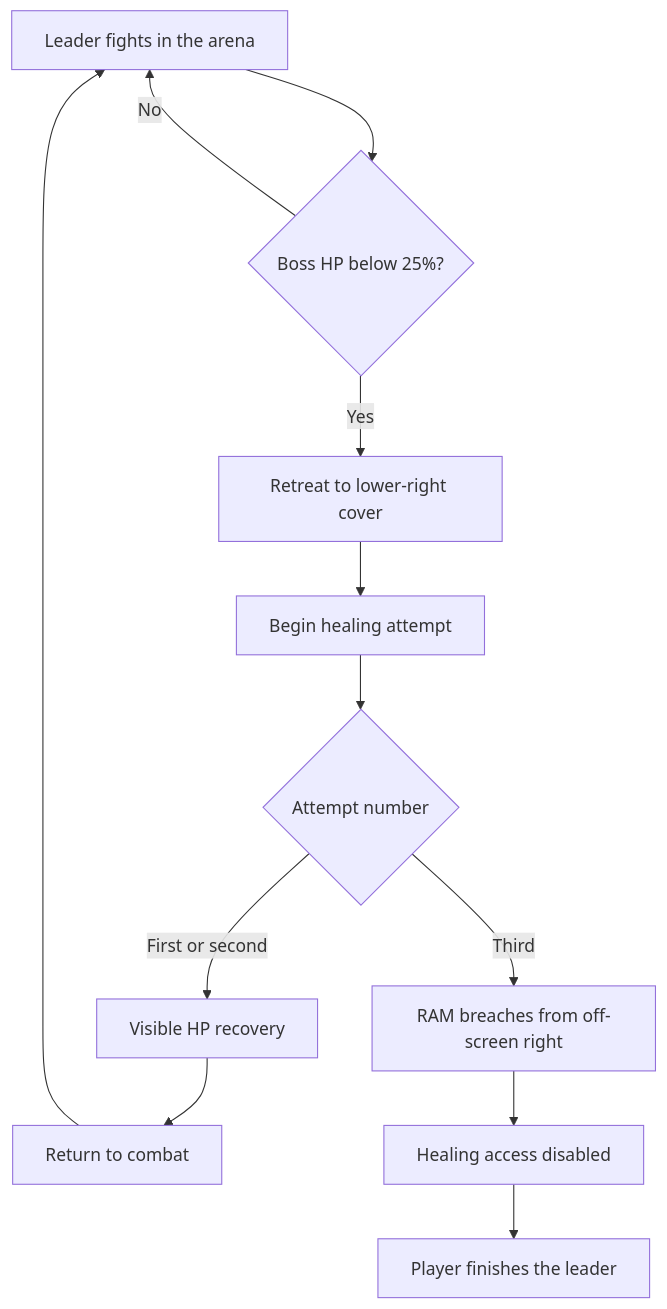
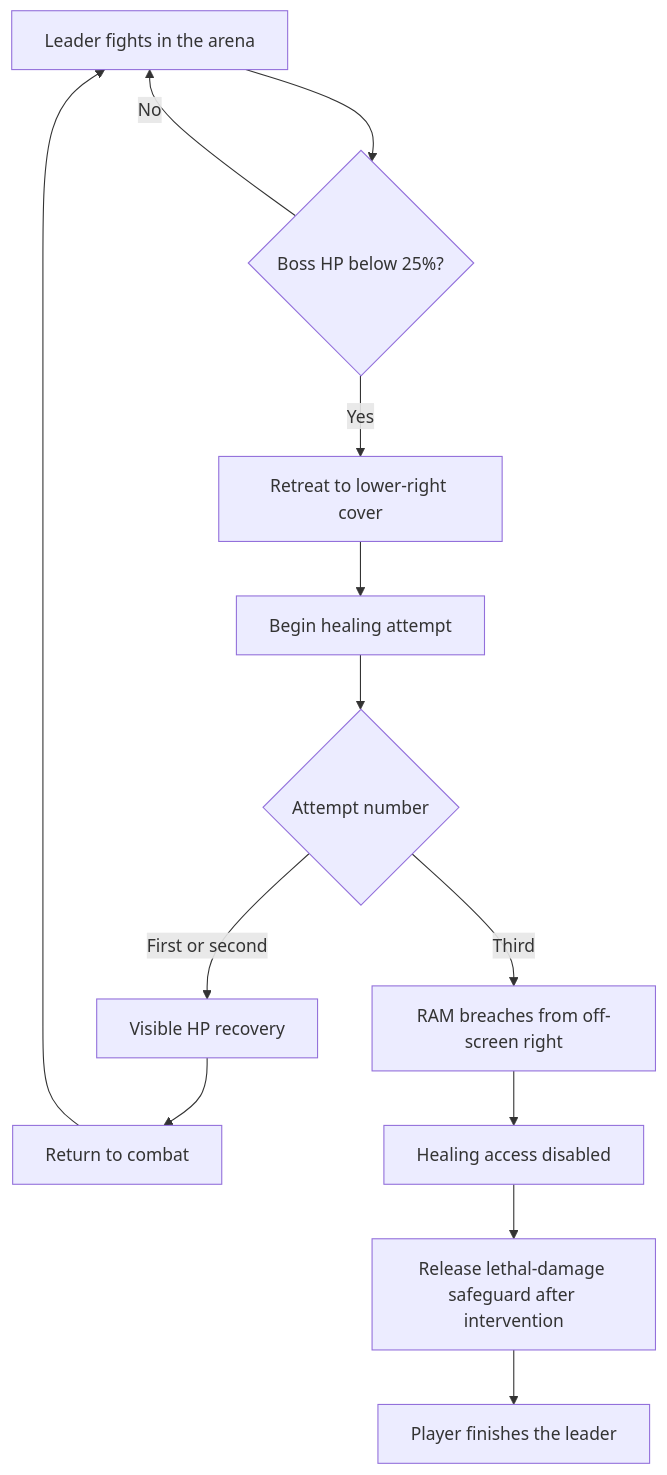
One commit to justgook/imprint-zero changed the diagram in bosses/tollkeeper.md. Above: the diagram before and after it, drawn with Mermaid. The commit also changed other lines of this file and 4 other files, not shown here.

````diff
--- a/bosses/tollkeeper.md
+++ b/bosses/tollkeeper.md
@@ -21,14 +21,15 @@
 ```mermaid
 flowchart TD
     Fight[Leader fights in the arena] --> Low{Boss HP below 25%?}
     Low -->|No| Fight
     Low -->|Yes| Retreat[Retreat to lower-right cover]
     Retreat --> Start[Begin healing attempt]
     Start --> Count{Attempt number}
     Count -->|First or second| Recover[Visible HP recovery]
     Recover --> Return[Return to combat]
     Return --> Fight
     Count -->|Third| RAM[RAM breaches from off-screen right]
     RAM --> EndHeal[Healing access disabled]
-    EndHeal --> Finish[Player finishes the leader]
+    EndHeal --> Release[Release lethal-damage safeguard after intervention]
+    Release --> Finish[Player finishes the leader]
 ```
````
